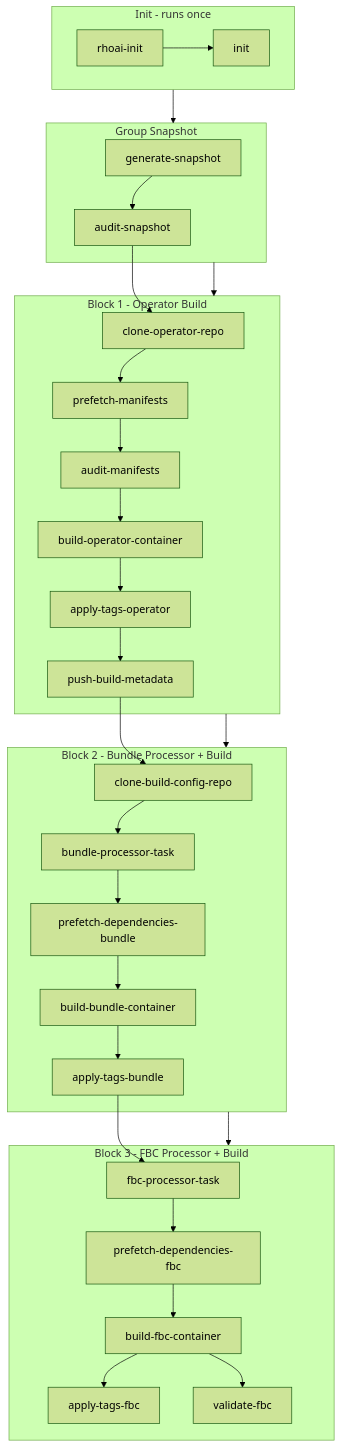
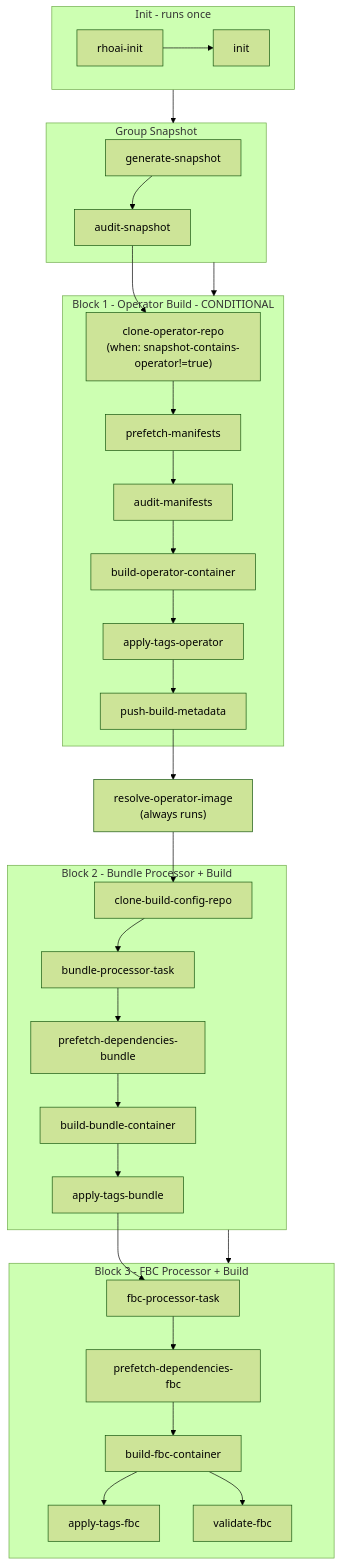
Before and after one commit to aloganat/odh-konflux-central: the second of 2 diagrams in e2e-early-gate/E2E-EARLY-GATE-PLAN.md, drawn with Mermaid (forest theme). The commit also changed other lines of this file and 2 other files, not shown here.

````diff
--- a/e2e-early-gate/E2E-EARLY-GATE-PLAN.md
+++ b/e2e-early-gate/E2E-EARLY-GATE-PLAN.md
@@ -87,51 +87,53 @@
 ```mermaid
 flowchart TD
   subgraph init_block [Init - runs once]
     rhoaiInit["rhoai-init"]
     init["init"]
     rhoaiInit --> init
   end
 
   subgraph snapshot_block [Group Snapshot]
     genSnapshot["generate-snapshot"]
     auditSnapshot["audit-snapshot"]
     genSnapshot --> auditSnapshot
   end
 
-  subgraph op_block [Block 1 - Operator Build]
-    cloneOp["clone-operator-repo"]
+  subgraph op_block [Block 1 - Operator Build - CONDITIONAL]
+    cloneOp["clone-operator-repo<br/>(when: snapshot-contains-operator!=true)"]
     prefetchManifests["prefetch-manifests"]
     auditManifests["audit-manifests"]
     buildOp["build-operator-container"]
     applyTagsOp["apply-tags-operator"]
     pushMeta["push-build-metadata"]
     cloneOp --> prefetchManifests --> auditManifests --> buildOp --> applyTagsOp --> pushMeta
   end
+
+  resolveOp["resolve-operator-image<br/>(always runs)"]
 
   subgraph bundle_block [Block 2 - Bundle Processor + Build]
     cloneBuildConfig["clone-build-config-repo"]
     bundleProcessor["bundle-processor-task"]
     prefetchBundle["prefetch-dependencies-bundle"]
     buildBundle["build-bundle-container"]
     applyTagsBundle["apply-tags-bundle"]
     cloneBuildConfig --> bundleProcessor --> prefetchBundle --> buildBundle --> applyTagsBundle
   end
 
   subgraph fbc_block [Block 3 - FBC Processor + Build]
     fbcProcessor["fbc-processor-task"]
     prefetchFBC["prefetch-dependencies-fbc"]
     buildFBC["build-fbc-container"]
     applyTagsFBC["apply-tags-fbc"]
     validateFBC["validate-fbc"]
     fbcProcessor --> prefetchFBC --> buildFBC --> applyTagsFBC
     buildFBC --> validateFBC
   end
 
   init_block --> snapshot_block
   snapshot_block --> op_block
   auditSnapshot --> cloneOp
-  op_block --> bundle_block
-  pushMeta --> cloneBuildConfig
+  pushMeta --> resolveOp
+  resolveOp --> cloneBuildConfig
   bundle_block --> fbc_block
   applyTagsBundle --> fbcProcessor
 ```
````
